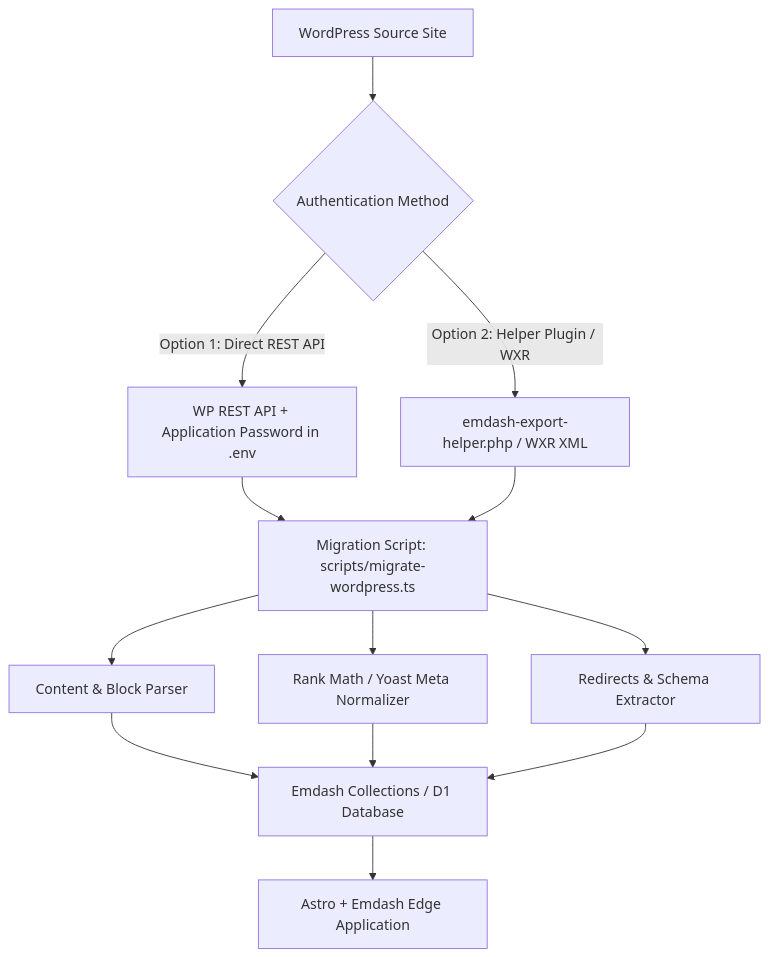
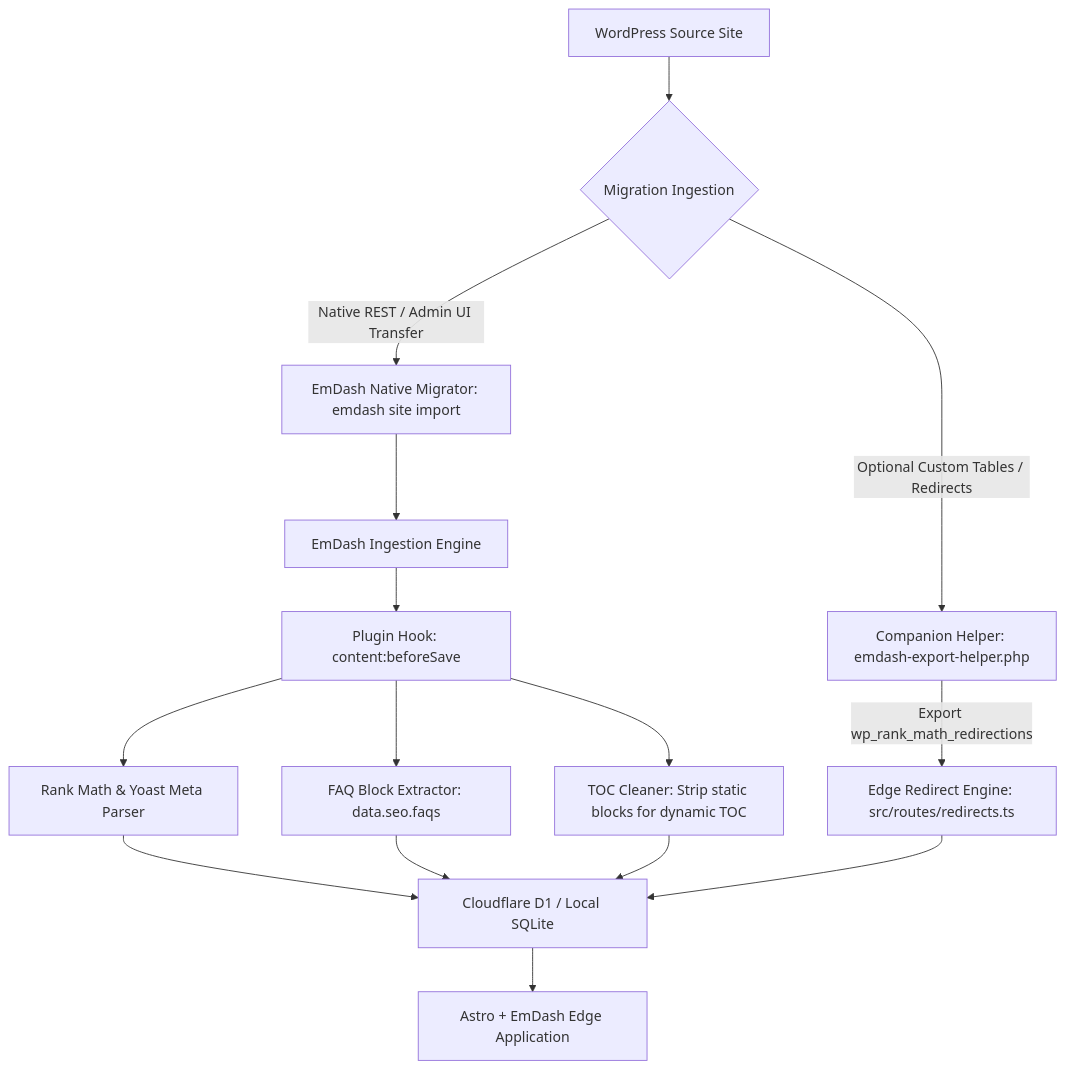
Before and after one commit to alibakhtiari/emdash-seo: the diagram in docs/PRD.md, drawn with Mermaid. The commit also changed other lines of this file and 9 other files, not shown here.

Commit message:
docs: add EmDash built-in SEO reference, native comparison guide, and documentation audit

````diff
--- a/docs/PRD.md
+++ b/docs/PRD.md
@@ -145,15 +145,17 @@
 ```mermaid
 graph TD
-    A[WordPress Source Site] --> B{Authentication Method}
-    B -->|Option 1: Direct REST API| C[WP REST API + Application Password in .env]
-    B -->|Option 2: Helper Plugin / WXR| D[emdash-export-helper.php / WXR XML]
-    C --> E[Migration Script: scripts/migrate-wordpress.ts]
-    D --> E
-    E --> F[Content & Block Parser]
-    E --> G[Rank Math / Yoast Meta Normalizer]
-    E --> H[Redirects & Schema Extractor]
-    F --> I[Emdash Collections / D1 Database]
-    G --> I
-    H --> I
-    I --> J[Astro + Emdash Edge Application]
+    A[WordPress Source Site] --> B{Migration Ingestion}
+    B -->|Native REST / Admin UI Transfer| C[EmDash Native Migrator: emdash site import]
+    B -->|Optional Custom Tables / Redirects| D[Companion Helper: emdash-export-helper.php]
+    C --> E[EmDash Ingestion Engine]
+    E --> F[Plugin Hook: content:beforeSave]
+    F --> G[Rank Math & Yoast Meta Parser]
+    F --> H[FAQ Block Extractor: data.seo.faqs]
+    F --> I[TOC Cleaner: Strip static blocks for dynamic TOC]
+    G --> J[Cloudflare D1 / Local SQLite]
+    H --> J
+    I --> J
+    D -->|Export wp_rank_math_redirections| K[Edge Redirect Engine: src/routes/redirects.ts]
+    K --> J
+    J --> L[Astro + EmDash Edge Application]
 ```
````
